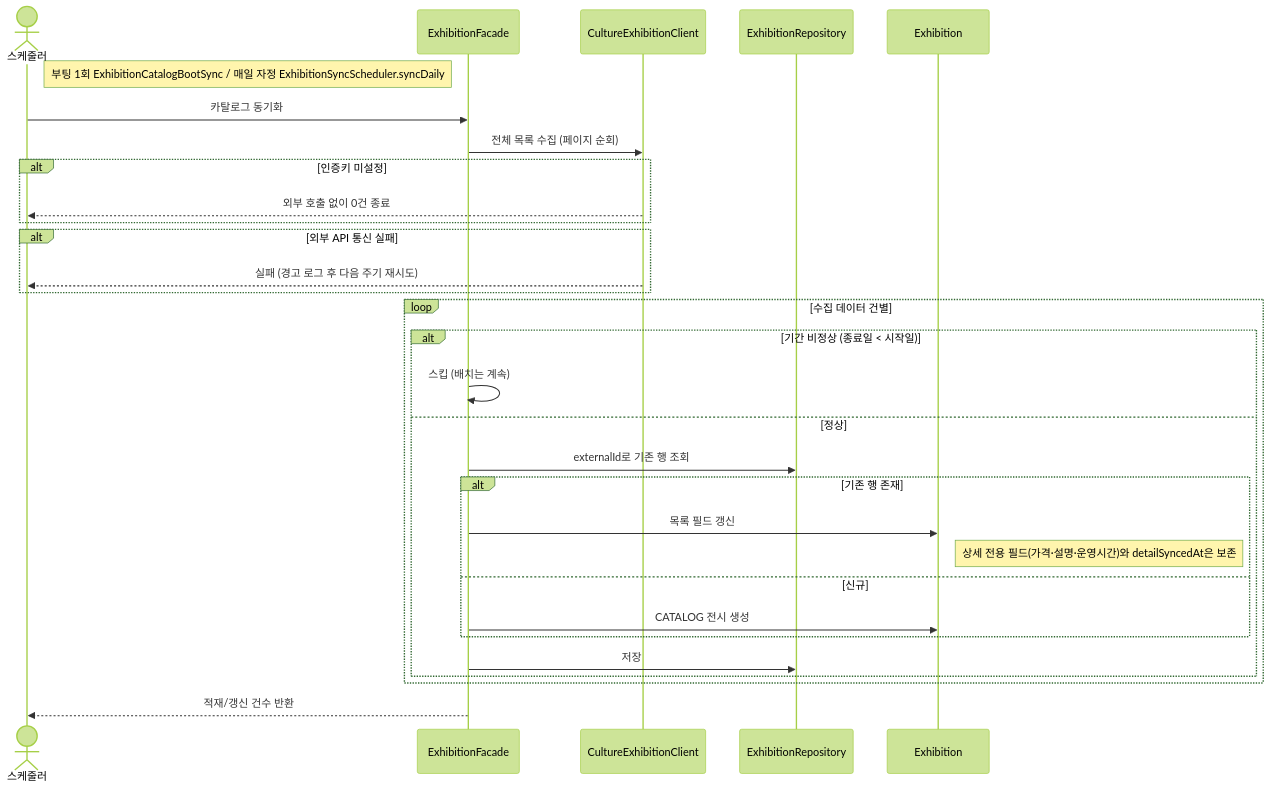
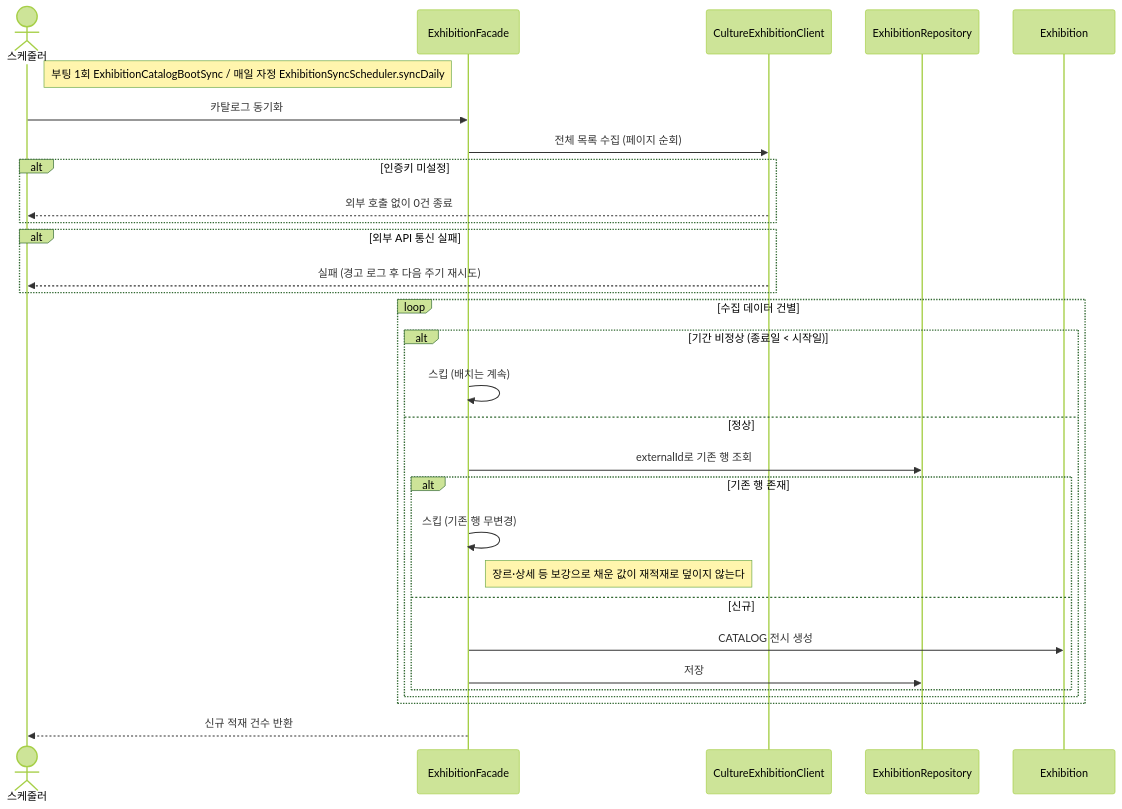
The diagram in docs/sequence-diagram/exhibition/05-카탈로그-동기화.md (team-modi/yeowun-backend), drawn with Mermaid (forest theme) before and after one commit. The commit also changed other lines of this file and 5 other files, not shown here.

````diff
--- a/docs/sequence-diagram/exhibition/05-카탈로그-동기화.md
+++ b/docs/sequence-diagram/exhibition/05-카탈로그-동기화.md
@@ -10,36 +10,36 @@
 ```mermaid
 sequenceDiagram
     actor 스케줄러
     participant ExhibitionFacade
     participant CultureExhibitionClient
     participant ExhibitionRepository
     participant Exhibition
 
     Note right of 스케줄러: 부팅 1회 ExhibitionCatalogBootSync / 매일 자정 ExhibitionSyncScheduler.syncDaily
 
     스케줄러->>ExhibitionFacade: 카탈로그 동기화
     ExhibitionFacade->>CultureExhibitionClient: 전체 목록 수집 (페이지 순회)
     alt 인증키 미설정
         CultureExhibitionClient-->>스케줄러: 외부 호출 없이 0건 종료
     end
     alt 외부 API 통신 실패
         CultureExhibitionClient-->>스케줄러: 실패 (경고 로그 후 다음 주기 재시도)
     end
 
     loop 수집 데이터 건별
         alt 기간 비정상 (종료일 < 시작일)
             ExhibitionFacade->>ExhibitionFacade: 스킵 (배치는 계속)
         else 정상
             ExhibitionFacade->>ExhibitionRepository: externalId로 기존 행 조회
             alt 기존 행 존재
-                ExhibitionFacade->>Exhibition: 목록 필드 갱신
-                Note right of Exhibition: 상세 전용 필드(가격·설명·운영시간)와 detailSyncedAt은 보존
+                ExhibitionFacade->>ExhibitionFacade: 스킵 (기존 행 무변경)
+                Note right of ExhibitionFacade: 장르·상세 등 보강으로 채운 값이 재적재로 덮이지 않는다
             else 신규
                 ExhibitionFacade->>Exhibition: CATALOG 전시 생성
+                ExhibitionFacade->>ExhibitionRepository: 저장
             end
-            ExhibitionFacade->>ExhibitionRepository: 저장
         end
     end
 
-    ExhibitionFacade-->>스케줄러: 적재/갱신 건수 반환
+    ExhibitionFacade-->>스케줄러: 신규 적재 건수 반환
 ```
````
